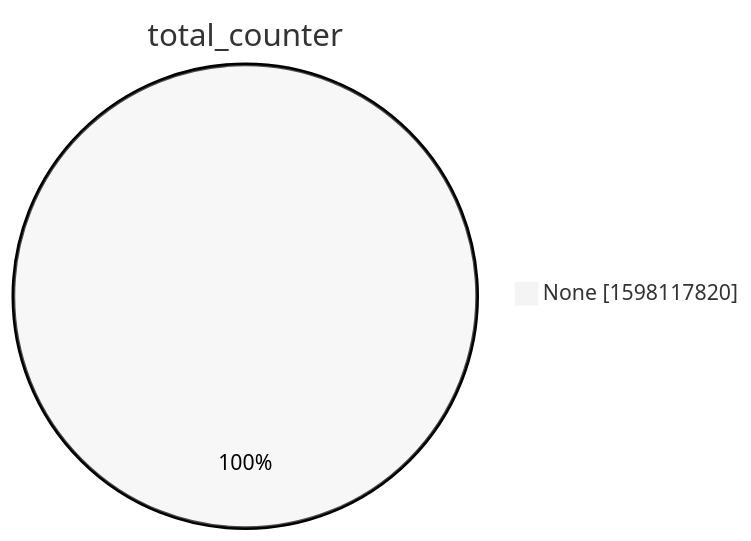
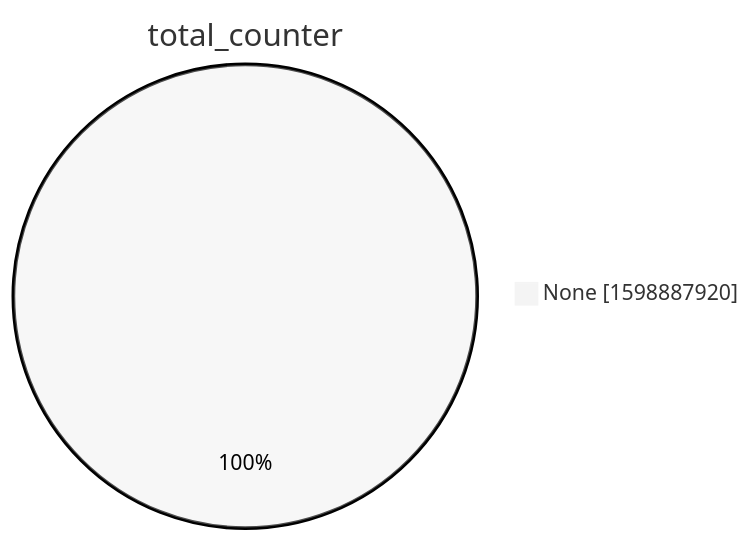
One commit to christiankrug/ctmonitor_visualization changed the second of 15 diagrams in xenon2022/README.md. Above: the diagram before and after it, drawn with Mermaid (neutral theme). The commit also changed other lines of this file, not shown here.

````diff
--- a/xenon2022/README.md
+++ b/xenon2022/README.md
@@ -9,5 +9,5 @@
 ```mermaid
 pie showData
 title total_counter
-"None" :1598117820
+"None" :1598887920
 ```
````
